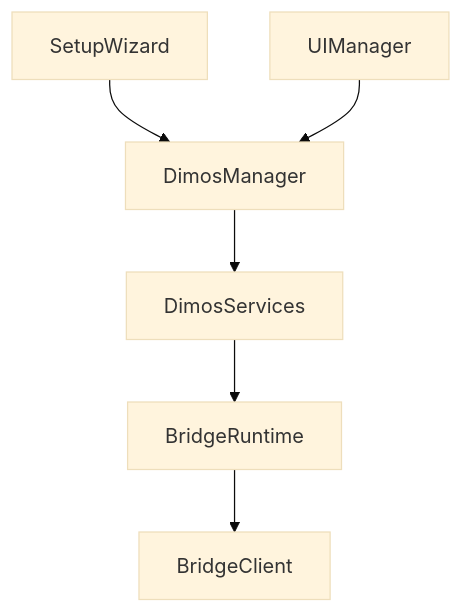
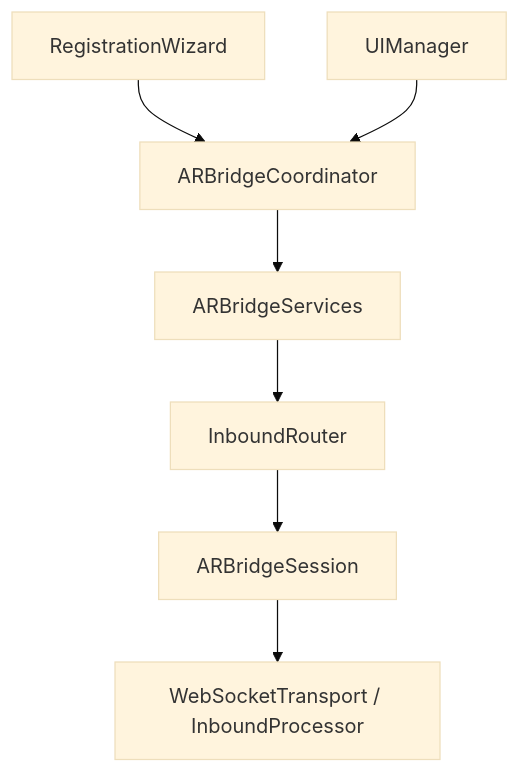
One commit to V4C38/spectacles-dimensional-os changed the second of 3 diagrams in README.md. Above: the diagram before and after it, drawn with Mermaid (base theme). The commit also changed other lines of this file and 169 other files, not shown here.

Commit message:
Refactor Lens Scripts into App and ARBridge layers and apply consistent naming conventions for clear mappings between Bridge and Lens

````diff
--- a/README.md
+++ b/README.md
@@ -100,8 +100,9 @@
 ```mermaid
 flowchart TB
-  Setup[SetupWizard] --> Manager[DimosManager]
-  UI[UIManager] --> Manager
-  Manager --> Services[DimosServices]
-  Services --> BridgeRuntime[BridgeRuntime]
-  BridgeRuntime --> BridgeClient[BridgeClient]
+  Registration[RegistrationWizard] --> Coordinator[ARBridgeCoordinator]
+  UI[UIManager] --> Coordinator
+  Coordinator --> Services[ARBridgeServices]
+  Services --> Router[InboundRouter]
+  Router --> Session[ARBridgeSession]
+  Session --> Transport[WebSocketTransport / InboundProcessor]
 ```
````
